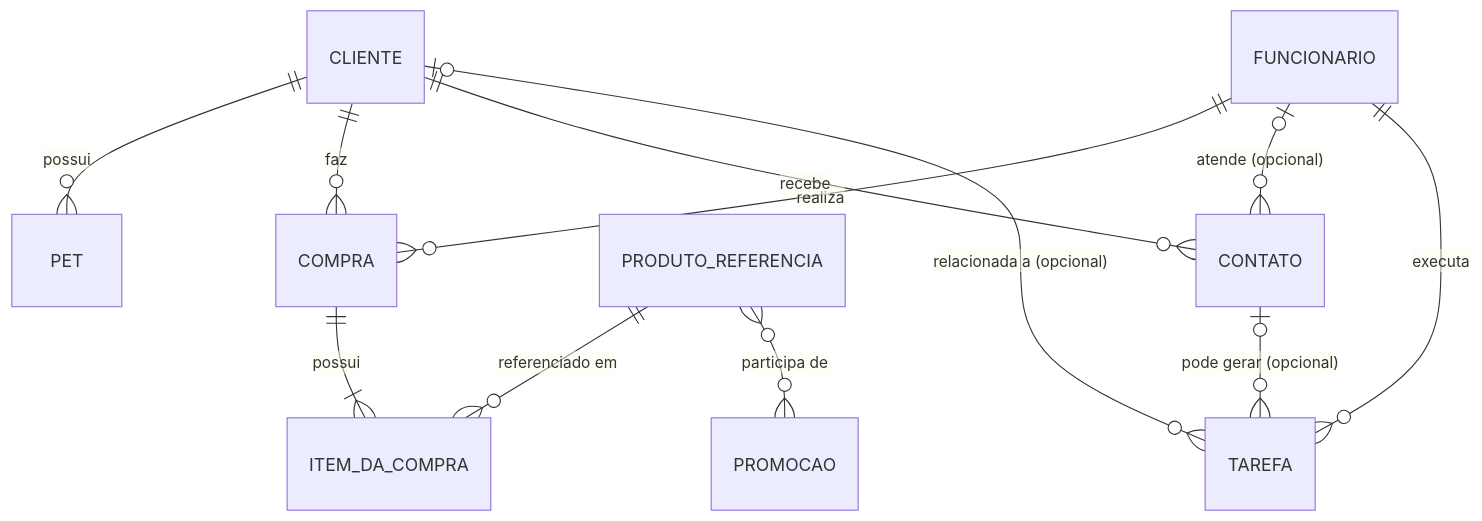
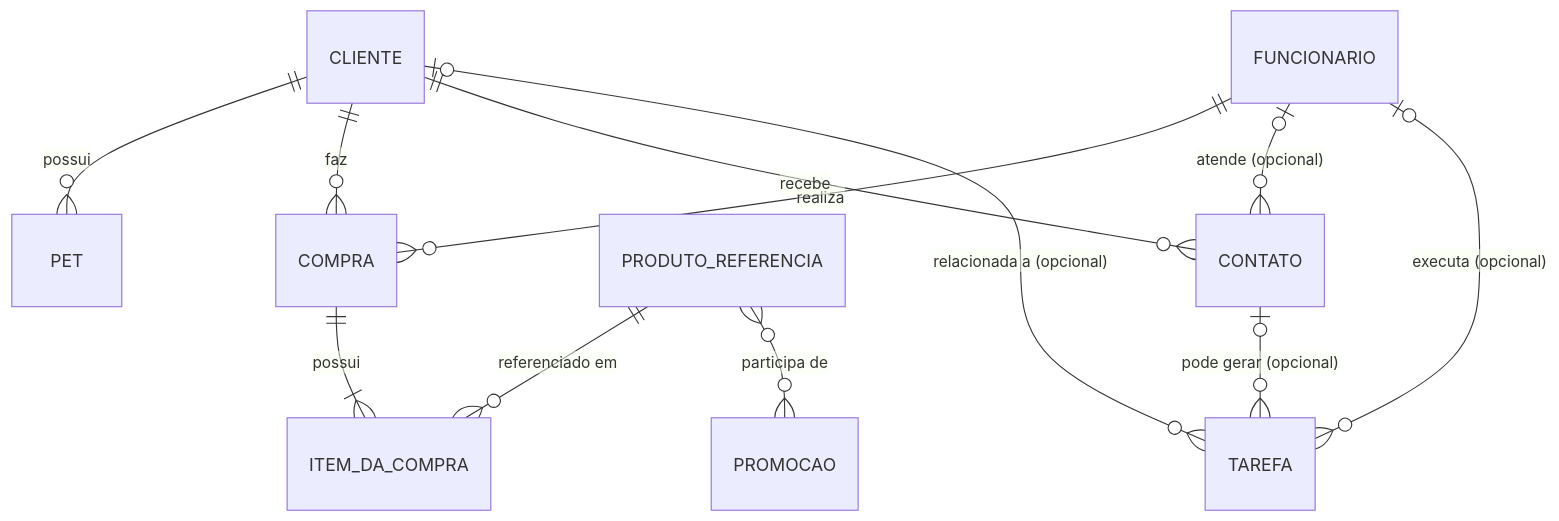
The diagram in docs/modelo-de-dominio.md (johnnie-mattos/petshop-crm), drawn with Mermaid before and after one commit. The commit also changed 2 other files, not shown here.

Commit message:
docs: torna o funcionario e contato opcionais em tarefa no der

````diff
--- a/docs/modelo-de-dominio.md
+++ b/docs/modelo-de-dominio.md
@@ -9,14 +9,14 @@
 ```mermaid
 erDiagram
     CLIENTE ||--o{ PET : "possui"
     CLIENTE ||--o{ COMPRA : "faz"
     FUNCIONARIO ||--o{ COMPRA : "realiza"
     COMPRA ||--|{ ITEM_DA_COMPRA : "possui"
     PRODUTO_REFERENCIA ||--o{ ITEM_DA_COMPRA : "referenciado em"
     PRODUTO_REFERENCIA }o--o{ PROMOCAO : "participa de"
     CLIENTE ||--o{ CONTATO : "recebe"
     FUNCIONARIO |o--o{ CONTATO : "atende (opcional)"
     CONTATO |o--o{ TAREFA : "pode gerar (opcional)"
-    FUNCIONARIO ||--o{ TAREFA : "executa"
+    FUNCIONARIO |o--o{ TAREFA : "executa (opcional)"
     CLIENTE |o--o{ TAREFA : "relacionada a (opcional)"
 ```
````
